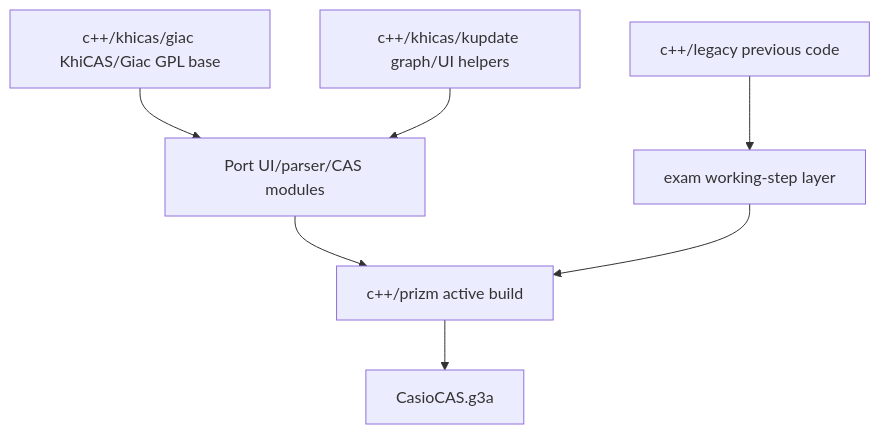
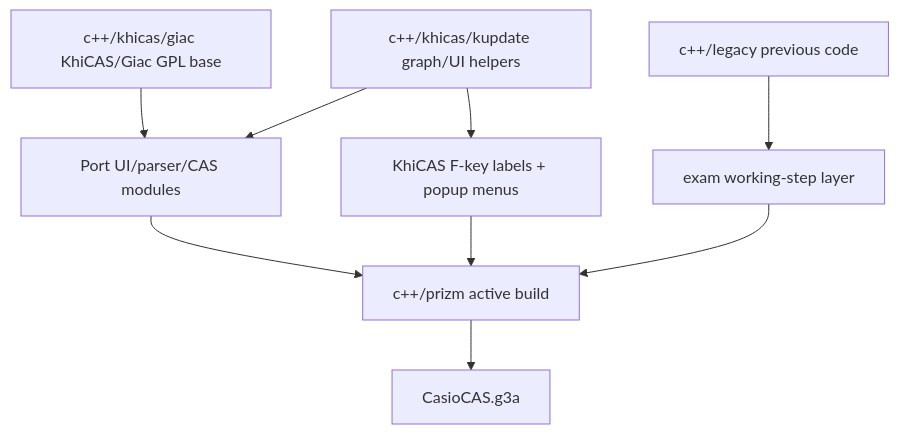
Before and after one commit to james8464/notes-addin-casio-fx-cg50: the first of 6 diagrams in c++/GRAPH.md, drawn with Mermaid. The commit also changed 7 other files, not shown here.

Commit message:
Match active F-key UI to KhiCAS

````diff
--- a/c++/GRAPH.md
+++ b/c++/GRAPH.md
@@ -3,9 +3,11 @@
 ```mermaid
 graph TD
   KH["c++/khicas/giac KhiCAS/Giac GPL base"] --> Port["Port UI/parser/CAS modules"]
   KU["c++/khicas/kupdate graph/UI helpers"] --> Port
+  KU --> FMenu["KhiCAS F-key labels + popup menus"]
   Legacy["c++/legacy previous code"] --> WorkSteps["exam working-step layer"]
-  Port --> Active["c++/prizm active build"]
+  FMenu --> Active["c++/prizm active build"]
+  Port --> Active
   WorkSteps --> Active
   Active --> G3A["CasioCAS.g3a"]
 ```
````
